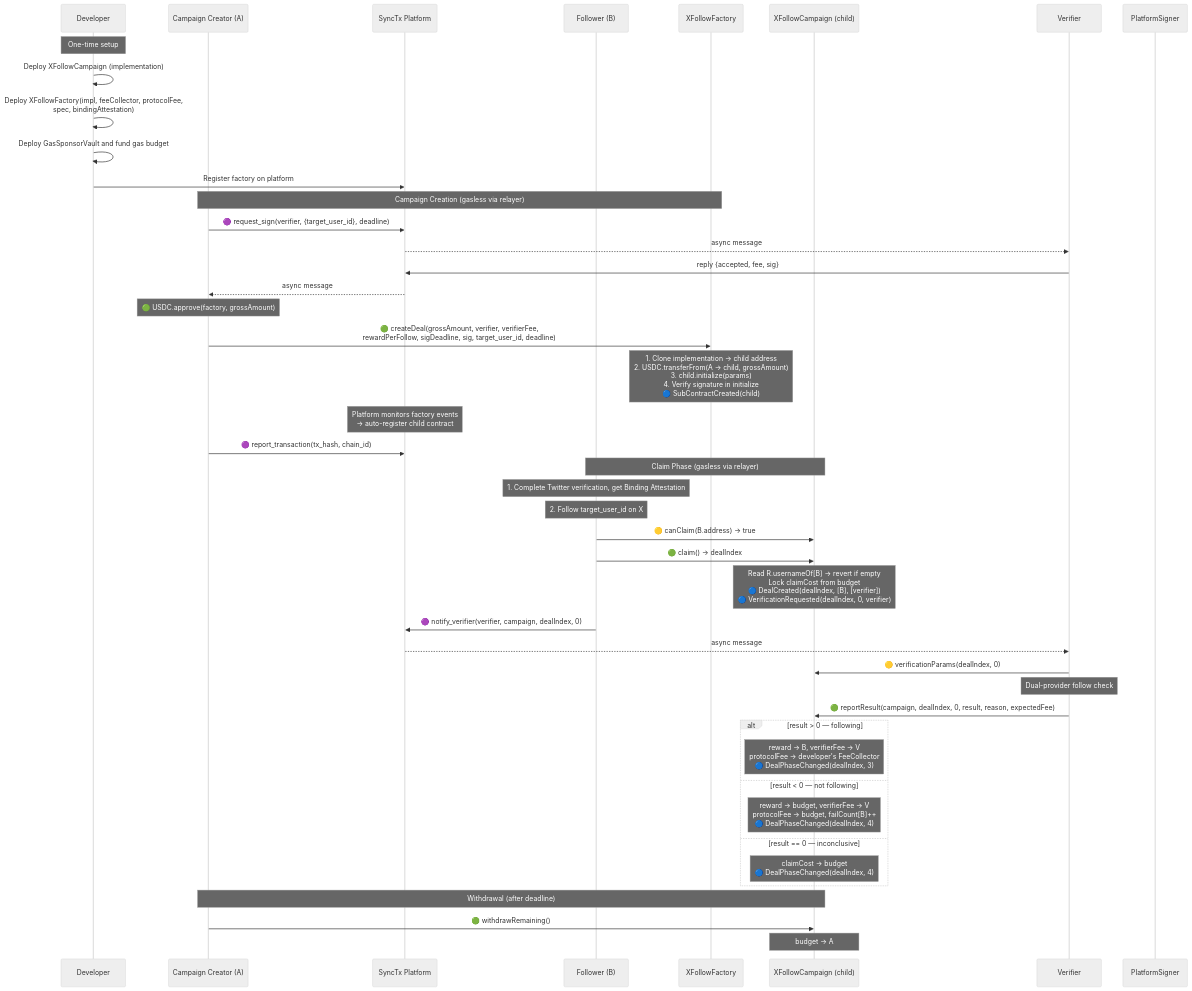
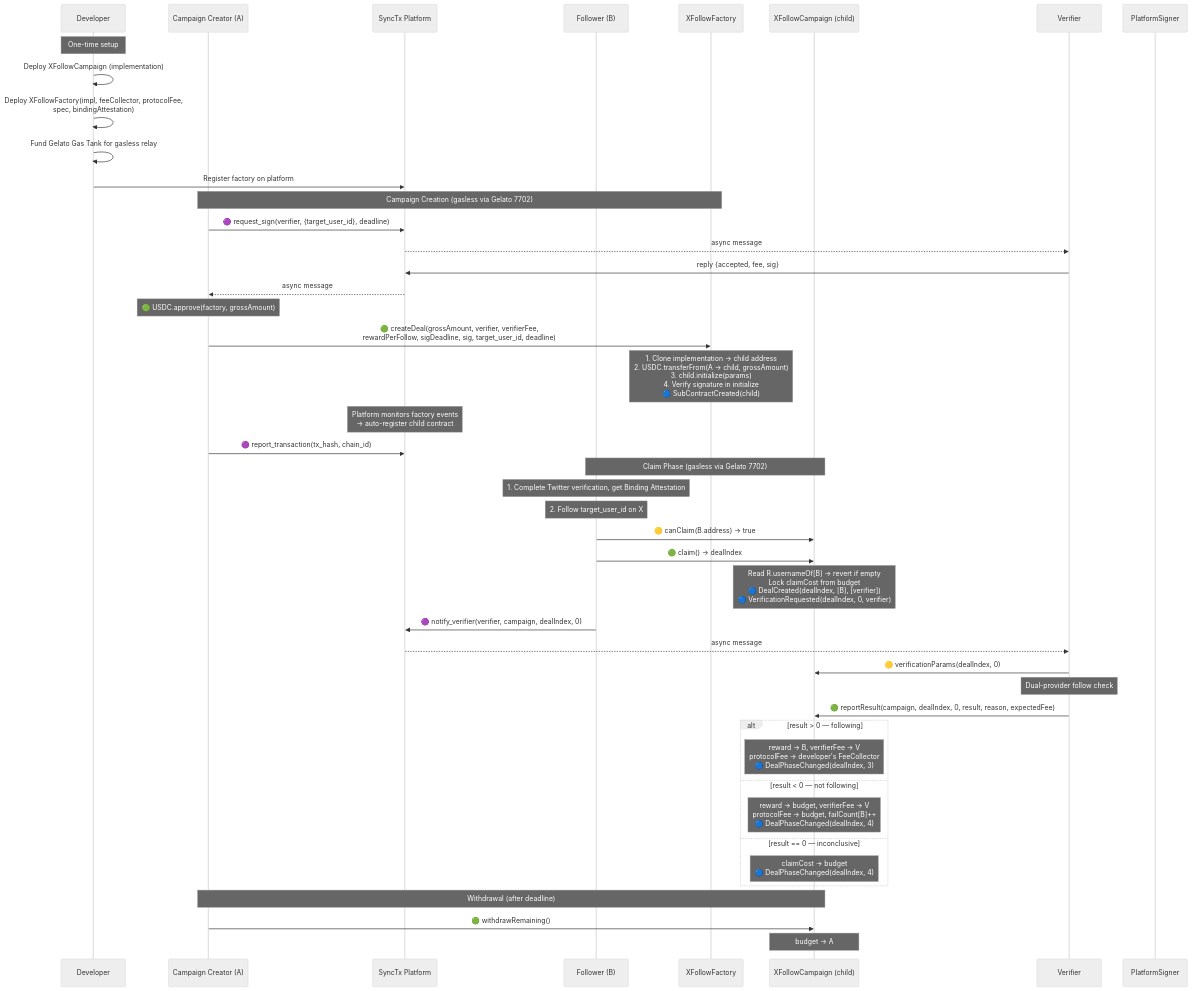
Before and after one commit to synctxai/synctx: the first of 2 diagrams in examples/x-follow/x-follow-design.md, drawn with Mermaid (neutral theme). The commit also changed other lines of this file and 19 other files, not shown here.

````diff
--- a/examples/x-follow/x-follow-design.md
+++ b/examples/x-follow/x-follow-design.md
@@ -218,58 +218,58 @@
 ```mermaid
 sequenceDiagram
     participant Dev as Developer
     participant A as Campaign Creator (A)
     participant P as SyncTx Platform
     participant B as Follower (B)
     participant Fac as XFollowFactory
     participant C as XFollowCampaign (child)
     participant V as Verifier
     participant PS as PlatformSigner
 
     Note over Dev: One-time setup
     Dev->>Dev: Deploy XFollowCampaign (implementation)
     Dev->>Dev: Deploy XFollowFactory(impl, feeCollector, protocolFee,<br/>spec, bindingAttestation)
-    Dev->>Dev: Deploy GasSponsorVault and fund gas budget
+    Dev->>Dev: Fund Gelato Gas Tank for gasless relay
     Dev->>P: Register factory on platform
 
-    Note over A,Fac: Campaign Creation (gasless via relayer)
+    Note over A,Fac: Campaign Creation (gasless via Gelato 7702)
 
     A->>P: 🟣 request_sign(verifier, {target_user_id}, deadline)
     P-->>V: async message
     V->>P: reply {accepted, fee, sig}
     P-->>A: async message
 
     Note over A: 🟢 USDC.approve(factory, grossAmount)
     A->>Fac: 🟢 createDeal(grossAmount, verifier, verifierFee,<br/>rewardPerFollow, sigDeadline, sig, target_user_id, deadline)
     Note over Fac: 1. Clone implementation → child address<br/>2. USDC.transferFrom(A → child, grossAmount)<br/>3. child.initialize(params)<br/>4. Verify signature in initialize<br/>🔵 SubContractCreated(child)
     Note over P: Platform monitors factory events<br/>→ auto-register child contract
     A->>P: 🟣 report_transaction(tx_hash, chain_id)
 
-    Note over B,C: Claim Phase (gasless via relayer)
+    Note over B,C: Claim Phase (gasless via Gelato 7702)
 
     Note over B: 1. Complete Twitter verification, get Binding Attestation
     Note over B: 2. Follow target_user_id on X
     B->>C: 🟡 canClaim(B.address) → true
     B->>C: 🟢 claim() → dealIndex
     Note over C: Read R.usernameOf[B] → revert if empty<br/>Lock claimCost from budget<br/>🔵 DealCreated(dealIndex, [B], [verifier])<br/>🔵 VerificationRequested(dealIndex, 0, verifier)
     B->>P: 🟣 notify_verifier(verifier, campaign, dealIndex, 0)
     P-->>V: async message
 
     V->>C: 🟡 verificationParams(dealIndex, 0)
     Note over V: Dual-provider follow check
 
     V->>C: 🟢 reportResult(campaign, dealIndex, 0, result, reason, expectedFee)
 
     alt result > 0 — following
         Note over C: reward → B, verifierFee → V<br/>protocolFee → developer's FeeCollector<br/>🔵 DealPhaseChanged(dealIndex, 3)
     else result < 0 — not following
         Note over C: reward → budget, verifierFee → V<br/>protocolFee → budget, failCount[B]++<br/>🔵 DealPhaseChanged(dealIndex, 4)
     else result == 0 — inconclusive
         Note over C: claimCost → budget<br/>🔵 DealPhaseChanged(dealIndex, 4)
     end
 
     Note over A,C: Withdrawal (after deadline)
 
     A->>C: 🟢 withdrawRemaining()
     Note over C: budget → A
 ```
````
